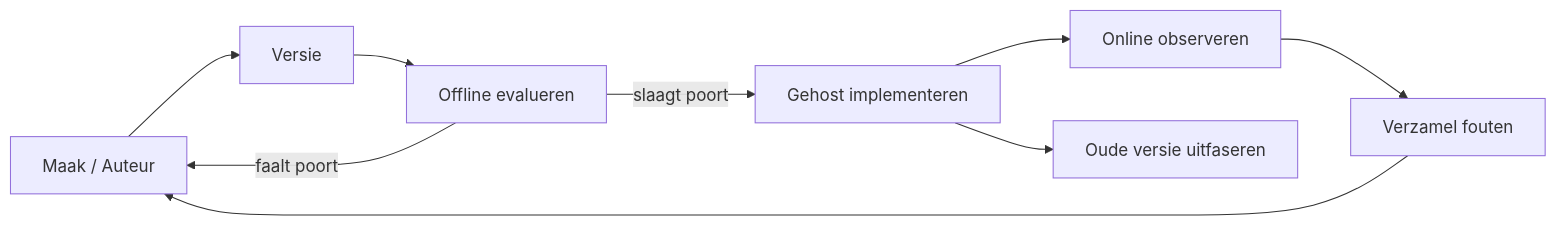
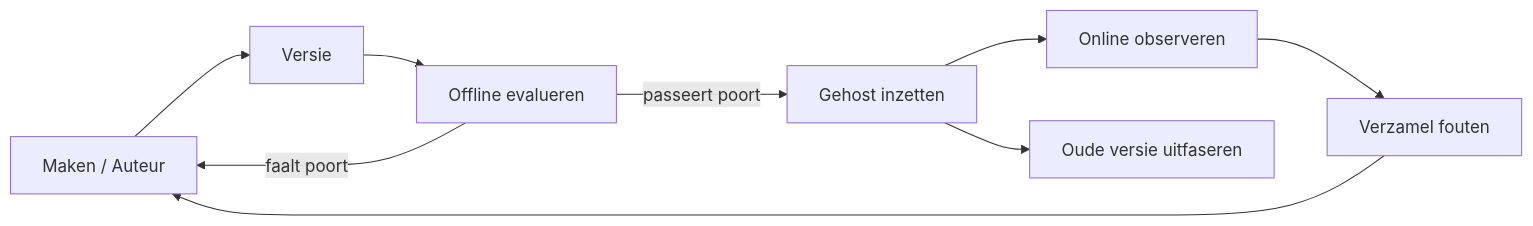
One commit to microsoft/ai-agents-for-beginners changed the second of 4 diagrams in translations/nl/16-deploying-scalable-agents/README.md. Above: the diagram before and after it, drawn with Mermaid. The commit also changed other lines of this file and 47 other files, not shown here.

````diff
--- a/translations/nl/16-deploying-scalable-agents/README.md
+++ b/translations/nl/16-deploying-scalable-agents/README.md
@@ -108,11 +108,11 @@
 ```mermaid
 flowchart LR
-    Create[Maak / Auteur] --> Version[Versie]
+    Create[Maken / Auteur] --> Version[Versie]
     Version --> Evaluate[Offline evalueren]
-    Evaluate -->|slaagt poort| Deploy[Gehost implementeren]
+    Evaluate -->|passeert poort| Deploy[Gehost inzetten]
     Evaluate -->|faalt poort| Create
     Deploy --> Observe[Online observeren]
     Observe --> Improve[Verzamel fouten]
     Improve --> Create
     Deploy --> Retire[Oude versie uitfaseren]
 ```
````
